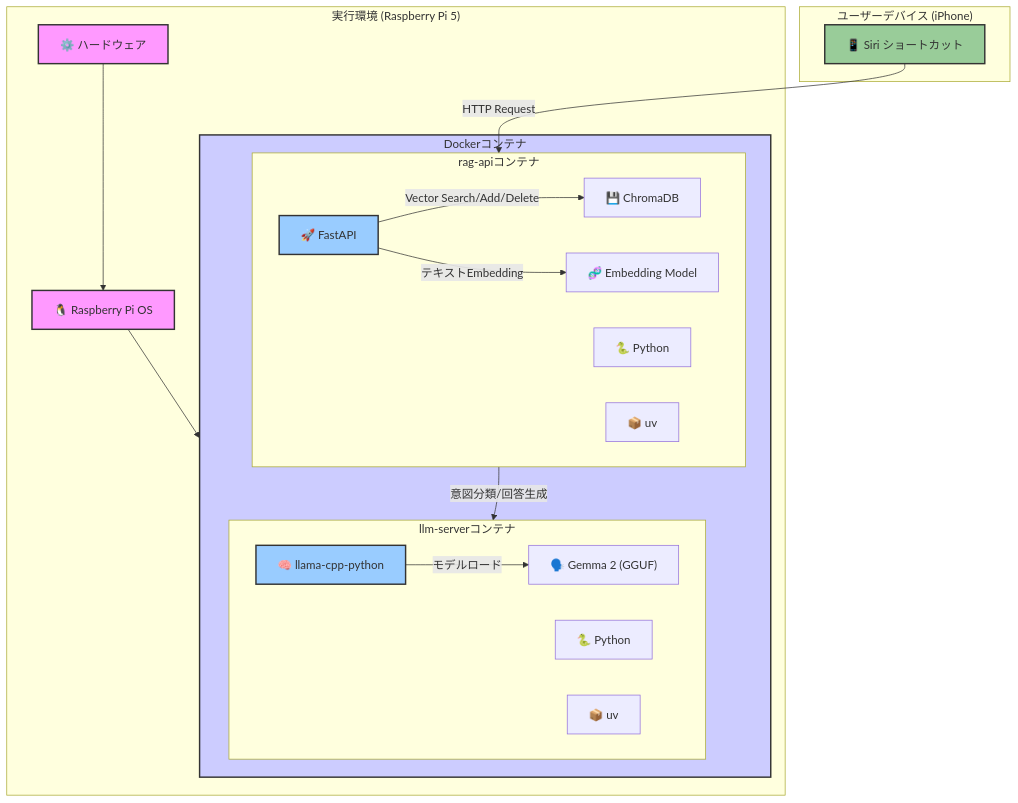
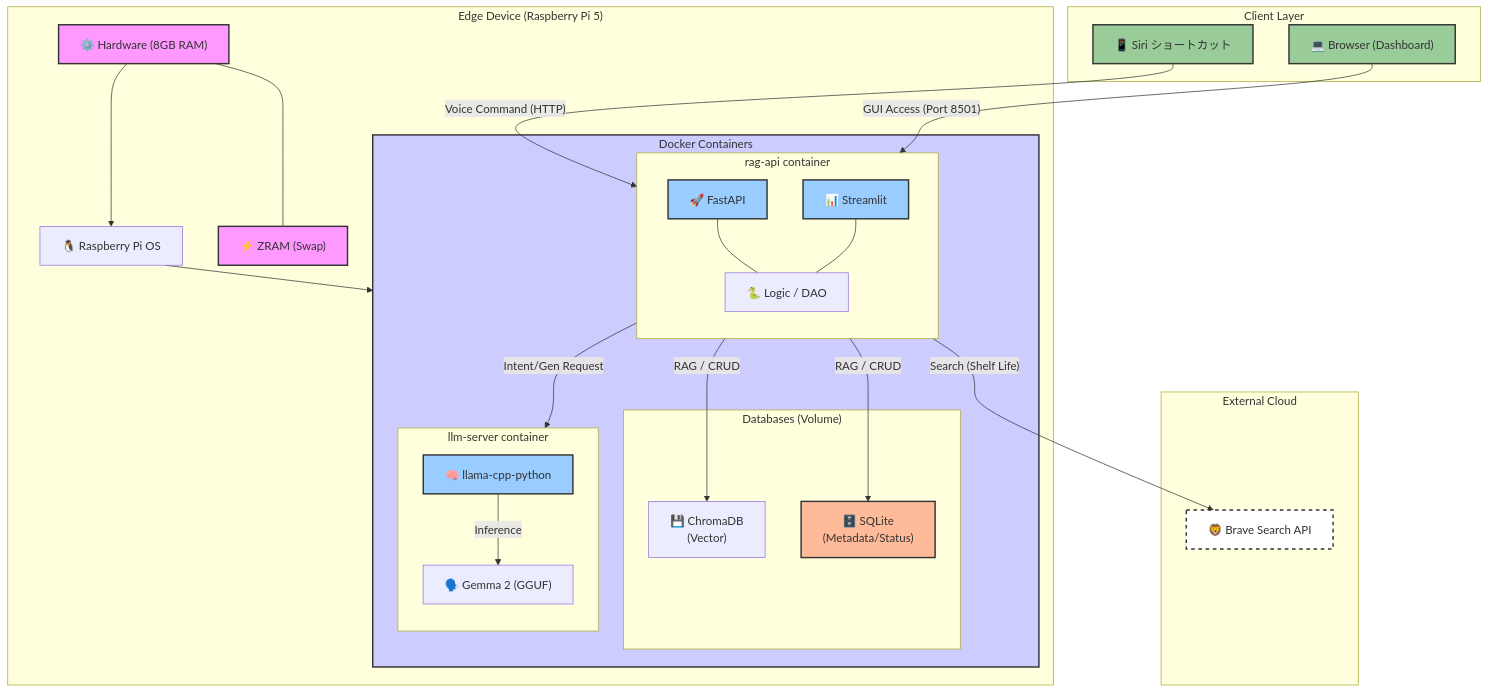
The diagram in documents/architecture.md (OratniR/ShelfAwareRAG), drawn with Mermaid before and after one commit. The commit also changed 26 other files, not shown here.

Commit message:
add shelf-life estimation via Brave Search

````diff
--- a/documents/architecture.md
+++ b/documents/architecture.md
@@ -1,44 +1,65 @@
 ```mermaid
 graph TD
-    subgraph "ユーザーデバイス (iPhone)"
-        UI[📱 Siri ショートカット]
+    subgraph "Client Layer"
+        UI_VOICE["📱 Siri ショートカット"]
+        UI_WEB["💻 Browser (Dashboard)"]
     end
 
-    subgraph "実行環境 (Raspberry Pi 5)"
-        HW[⚙️ ハードウェア] --> OS[🐧 Raspberry Pi OS]
-        OS --> DKR[🐳 Docker / Docker Compose]
+    subgraph "External Cloud"
+        BRAVE["🦁 Brave Search API"]
+    end
 
-        subgraph DKR [Dockerコンテナ]
-            subgraph "rag-apiコンテナ"
-                direction LR
-                FAPI[🚀 FastAPI];
-                CHRM[💾 ChromaDB];
-                EMB[🧬 Embedding Model];
-                PY1[🐍 Python];
-                UV1[📦 uv];
+    subgraph "Edge Device (Raspberry Pi 5)"
+        HW["⚙️ Hardware (8GB RAM)"]
+        ZRAM["⚡ ZRAM (Swap)"]
+        HW --- ZRAM
+        OS["🐧 Raspberry Pi OS"]
+        HW --> OS
+        OS --> DKR["🐳 Docker / Docker Compose"]
+
+        subgraph DKR [Docker Containers]
+            
+            subgraph "rag-api container"
+                direction TB
+                FAPI["🚀 FastAPI"]
+                STRM["📊 Streamlit"]
+                PY1["🐍 Logic / DAO"]
             end
 
-            subgraph "llm-serverコンテナ"
-                direction LR
-                LCPP[🧠 llama-cpp-python];
-                LLM["🗣️ Gemma 2 (GGUF)"];  
-                PY2[🐍 Python];
-                UV2[📦 uv];
+            subgraph "Databases (Volume)"
+                CHRM["💾 ChromaDB\n(Vector)"]
+                SQL["🗄️ SQLite\n(Metadata/Status)"]
+            end
+
+            subgraph "llm-server container"
+                direction TB
+                LCPP["🧠 llama-cpp-python"]
+                LLM["🗣️ Gemma 2 (GGUF)"]
             end
         end
     end
 
-    UI -- HTTP Request --> FAPI;
-    FAPI -- 意図分類/回答生成 --> LCPP;
-    FAPI -- Vector Search/Add/Delete --> CHRM;
-    FAPI -- テキストEmbedding --> EMB;
-    LCPP -- モデルロード --> LLM;
+    %% Data Flow
+    UI_VOICE -- "Voice Command (HTTP)" --> FAPI
+    UI_WEB -- "GUI Access (Port 8501)" --> STRM
 
-    %% スタイル (オプション)
+    FAPI -- "Intent/Gen Request" --> LCPP
+    LCPP -- "Inference" --> LLM
+
+    %% Logic Connections
+    FAPI -- "Search (Shelf Life)" --> BRAVE
+    FAPI & STRM --- PY1
+    PY1 -- "RAG / CRUD" --> CHRM & SQL
+
+    %% Styling
     style HW fill:#f9f,stroke:#333,stroke-width:2px
-    style OS fill:#f9f,stroke:#333,stroke-width:2px
+    style ZRAM fill:#f9f,stroke:#333,stroke-width:2px
     style DKR fill:#ccf,stroke:#333,stroke-width:2px
+    style BRAVE fill:#fff,stroke:#333,stroke-width:2px,stroke-dasharray: 5 5
     style FAPI fill:#9cf,stroke:#333,stroke-width:2px
+    style STRM fill:#9cf,stroke:#333,stroke-width:2px
     style LCPP fill:#9cf,stroke:#333,stroke-width:2px
-    style UI fill:#9c9,stroke:#333,stroke-width:2px
+    style UI_VOICE fill:#9c9,stroke:#333,stroke-width:2px
+    style UI_WEB fill:#9c9,stroke:#333,stroke-width:2px
+    style SQL fill:#fb9,stroke:#333,stroke-width:2px
 ```
````
